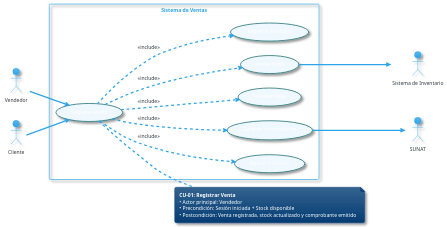
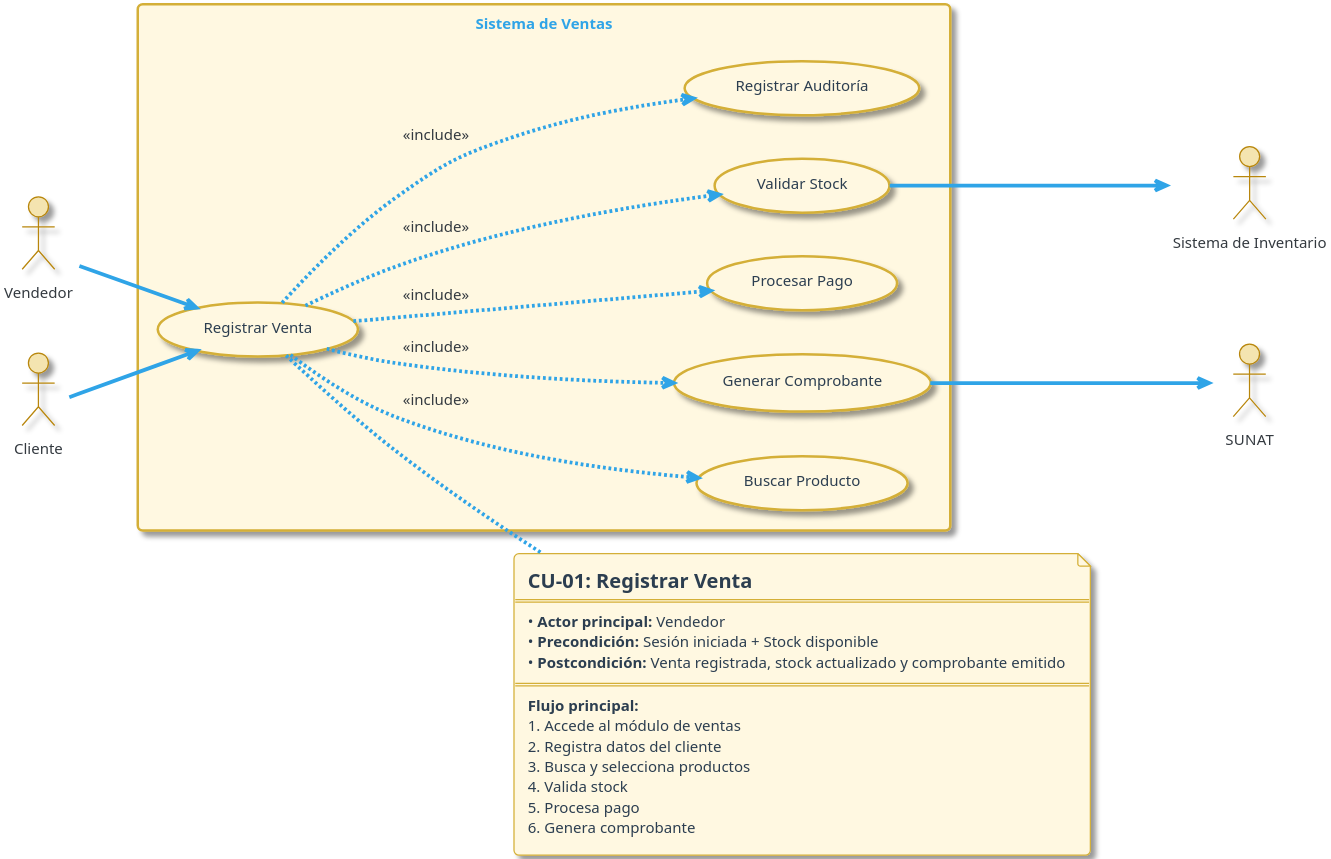
One commit to johanEmerson/analisis changed the diagram in plantuml/diagrams/use-cases/registrar-venta.puml. Above: the diagram before and after it, drawn with PlantUML. The commit also changed 2 other files, not shown here.

Commit message:
feat: actualizar diagrama CU-01 Registrar Venta

```diff
--- a/plantuml/diagrams/use-cases/registrar-venta.puml
+++ b/plantuml/diagrams/use-cases/registrar-venta.puml
@@ -1,45 +1,78 @@
 @startuml
 !theme cerulean
 
 left to right direction
 skinparam shadowing true
+skinparam dpi 300
+
+' ==================== COLORES DORADOS ====================
 skinparam usecase {
-    BackgroundColor #F0F8FF
-    BorderColor #2C7A7B
+    BackgroundColor #FFF8E1
+    BorderColor #D4AF37
+    FontColor #2C3E50
 }
+
+skinparam rectangle {
+    BackgroundColor #FFF8E1
+    BorderColor #D4AF37
+}
+
+skinparam actor {
+    BackgroundColor #F4E4B0
+    BorderColor #B8860B
+}
+
+skinparam note {
+    BackgroundColor #FFF8E1
+    BorderColor #D4AF37
+    FontColor #2C3E50
+}
+
+' ==================== DIAGRAMA ====================
 
 actor "Vendedor" as Vendedor
 actor "Cliente" as Cliente
 actor "SUNAT" as SUNAT <<external>>
 actor "Sistema de Inventario" as Inventario <<external>>
 
 rectangle "Sistema de Ventas" {
     usecase "Registrar Venta" as CU01
     usecase "Buscar Producto" as Buscar
     usecase "Validar Stock" as ValidarStock
     usecase "Procesar Pago" as ProcesarPago
     usecase "Generar Comprobante" as GenerarComprobante
     usecase "Registrar Auditoría" as Auditoria
 }
 
-' Relaciones principales
+' Relaciones
 Vendedor --> CU01
 Cliente --> CU01
 
 CU01 ..> Buscar : <<include>>
 CU01 ..> ValidarStock : <<include>>
 CU01 ..> ProcesarPago : <<include>>
 CU01 ..> GenerarComprobante : <<include>>
 CU01 ..> Auditoria : <<include>>
 
 ValidarStock --> Inventario
 GenerarComprobante --> SUNAT
 
-note right of CU01
-  <b>CU-01: Registrar Venta</b>
-  • Actor principal: Vendedor
-  • Precondición: Sesión iniciada + Stock disponible
-  • Postcondición: Venta registrada, stock actualizado y comprobante emitido
+' ==================== NOTA CON ESPECIFICACIÓN ====================
+
+note right of CU01 #FFF8E1
+  <b><size:16>CU-01: Registrar Venta</size></b>
+  ==
+  • **Actor principal:** Vendedor
+  • **Precondición:** Sesión iniciada + Stock disponible
+  • **Postcondición:** Venta registrada, stock actualizado y comprobante emitido
+  ==
+  <b>Flujo principal:</b>
+  1. Accede al módulo de ventas
+  2. Registra datos del cliente
+  3. Busca y selecciona productos
+  4. Valida stock
+  5. Procesa pago
+  6. Genera comprobante
 end note
 
 @enduml
```
